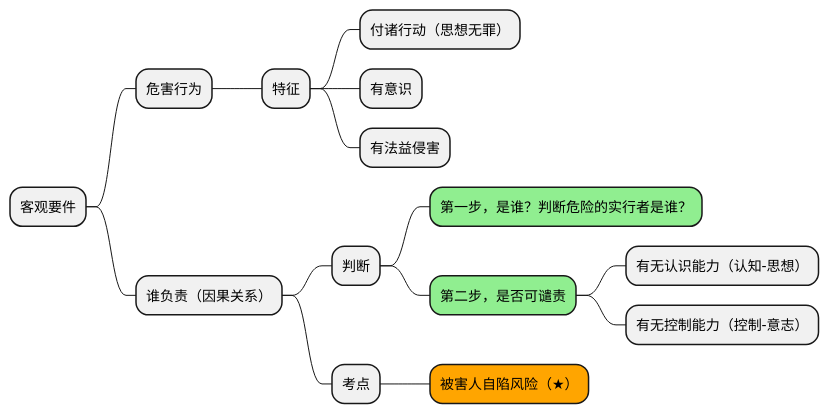
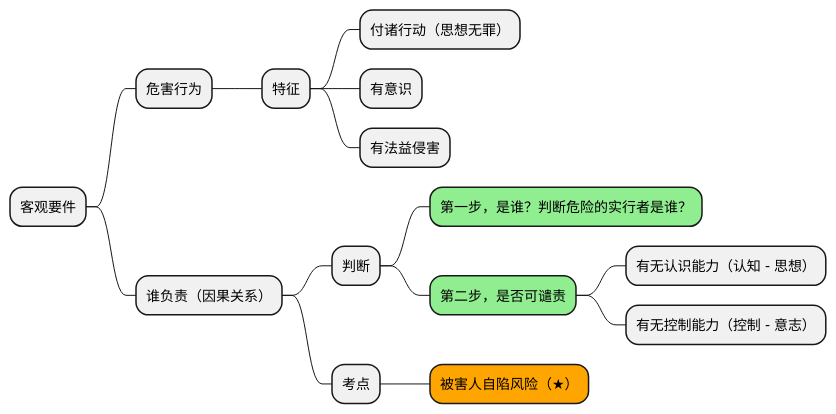
The sixth of 8 diagrams in _law/criminal/general/刑法-04-犯罪论-客观要件-行为.md (lsieun/lsieun.github.io), drawn with PlantUML before and after one commit. The commit also changed other lines of this file and 169 other files, not shown here.

````diff
--- a/_law/criminal/general/刑法-04-犯罪论-客观要件-行为.md
+++ b/_law/criminal/general/刑法-04-犯罪论-客观要件-行为.md
@@ -161,21 +162,21 @@
 ```plantuml
 @startmindmap
 
 * 客观要件
     * 危害行为
         * 特征
             * 付诸行动（思想无罪）
             * 有意识
             * 有法益侵害
     * 谁负责（因果关系）
         * 判断
             *[#lightgreen] 第一步，是谁？判断危险的实行者是谁？
             *[#lightgreen] 第二步，是否可谴责
-                * 有无认识能力（认知-思想）
-                * 有无控制能力（控制-意志）
+                * 有无认识能力（认知 - 思想）
+                * 有无控制能力（控制 - 意志）
         * 考点
             *[#orange] 被害人自陷风险（★）
 
 
 @endmindmap
 ```
````
